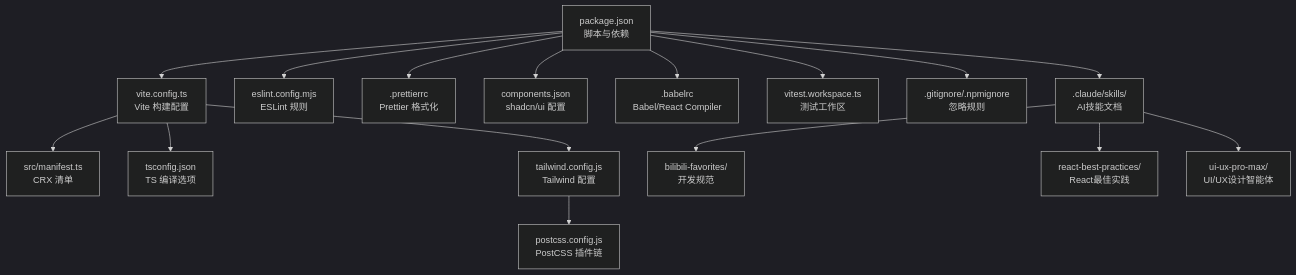
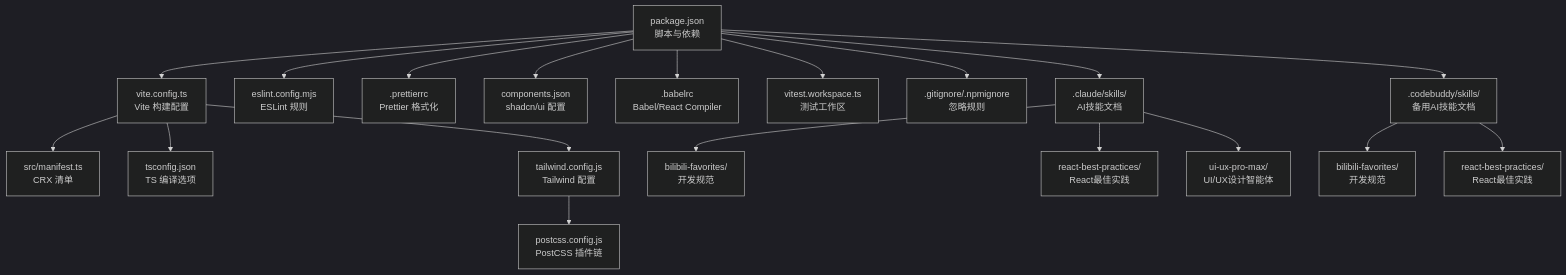
One commit to RadiumAg/bilibili-favorites changed the first of 3 diagrams in .qoder/repowiki/zh/content/开发指南/开发指南.md. Above: the diagram before and after it, drawn with Mermaid (dark theme). The commit also changed other lines of this file and 10 other files, not shown here.

````diff
--- a/.qoder/repowiki/zh/content/开发指南/开发指南.md
+++ b/.qoder/repowiki/zh/content/开发指南/开发指南.md
@@ -68,18 +72,21 @@
 ```mermaid
 graph TB
 A["package.json<br/>脚本与依赖"] --> B["vite.config.ts<br/>Vite 构建配置"]
 B --> C["src/manifest.ts<br/>CRX 清单"]
 B --> D["tsconfig.json<br/>TS 编译选项"]
 B --> E["tailwind.config.js<br/>Tailwind 配置"]
 E --> F["postcss.config.js<br/>PostCSS 插件链"]
 A --> G["eslint.config.mjs<br/>ESLint 规则"]
 A --> H[".prettierrc<br/>Prettier 格式化"]
 A --> I["components.json<br/>shadcn/ui 配置"]
 A --> J[".babelrc<br/>Babel/React Compiler"]
 A --> K["vitest.workspace.ts<br/>测试工作区"]
 A --> L[".gitignore/.npmignore<br/>忽略规则"]
 A --> M[".claude/skills/<br/>AI技能文档"]
-M --> N["bilibili-favorites/<br/>开发规范"]
-M --> O["react-best-practices/<br/>React最佳实践"]
-M --> P["ui-ux-pro-max/<br/>UI/UX设计智能体"]
+A --> N[".codebuddy/skills/<br/>备用AI技能文档"]
+M --> O["bilibili-favorites/<br/>开发规范"]
+M --> P["react-best-practices/<br/>React最佳实践"]
+M --> Q["ui-ux-pro-max/<br/>UI/UX设计智能体"]
+N --> R["bilibili-favorites/<br/>开发规范"]
+N --> S["react-best-practices/<br/>React最佳实践"]
 ```
````
